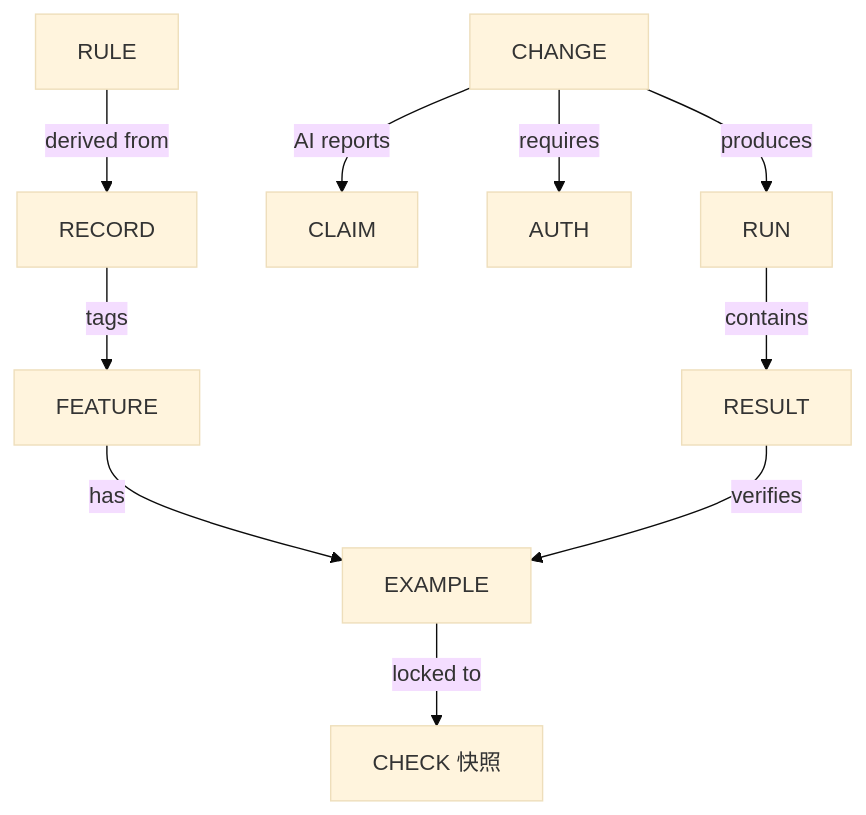
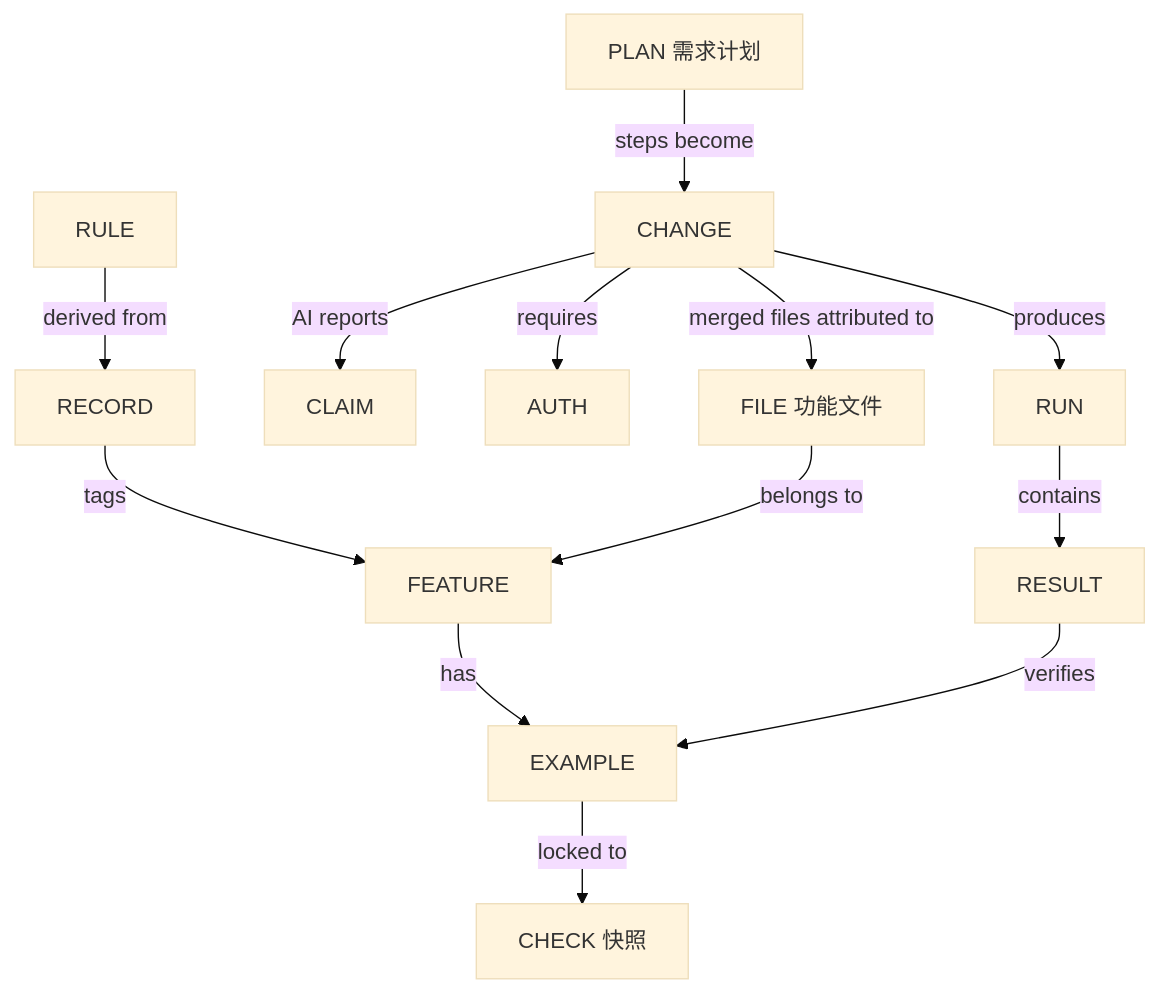
The second of 4 diagrams in docs/spec.md (Tina199507/stagent), drawn with Mermaid (base theme) before and after one commit. The commit also changed other lines of this file and 1 other file, not shown here.

````diff
--- a/docs/spec.md
+++ b/docs/spec.md
@@ -227,24 +293,30 @@
 ```mermaid
 flowchart TD
   RULE["RULE"]
   CHANGE["CHANGE"]
   RECORD["RECORD"]
   FEATURE["FEATURE"]
   CLAIM["CLAIM"]
   AUTH["AUTH"]
   RUN["RUN"]
   RESULT["RESULT"]
   EXAMPLE["EXAMPLE"]
   CHECK["CHECK 快照"]
 
   RULE -->|derived from| RECORD
   RECORD -->|tags| FEATURE
   FEATURE -->|has| EXAMPLE
   EXAMPLE -->|locked to| CHECK
 
   CHANGE -->|AI reports| CLAIM
   CHANGE -->|requires| AUTH
   CHANGE -->|produces| RUN
   RUN -->|contains| RESULT
   RESULT -->|verifies| EXAMPLE
+
+  PLAN["PLAN 需求计划"]
+  FILE["FILE 功能文件"]
+  PLAN -->|steps become| CHANGE
+  CHANGE -->|merged files attributed to| FILE
+  FILE -->|belongs to| FEATURE
 ```
````
